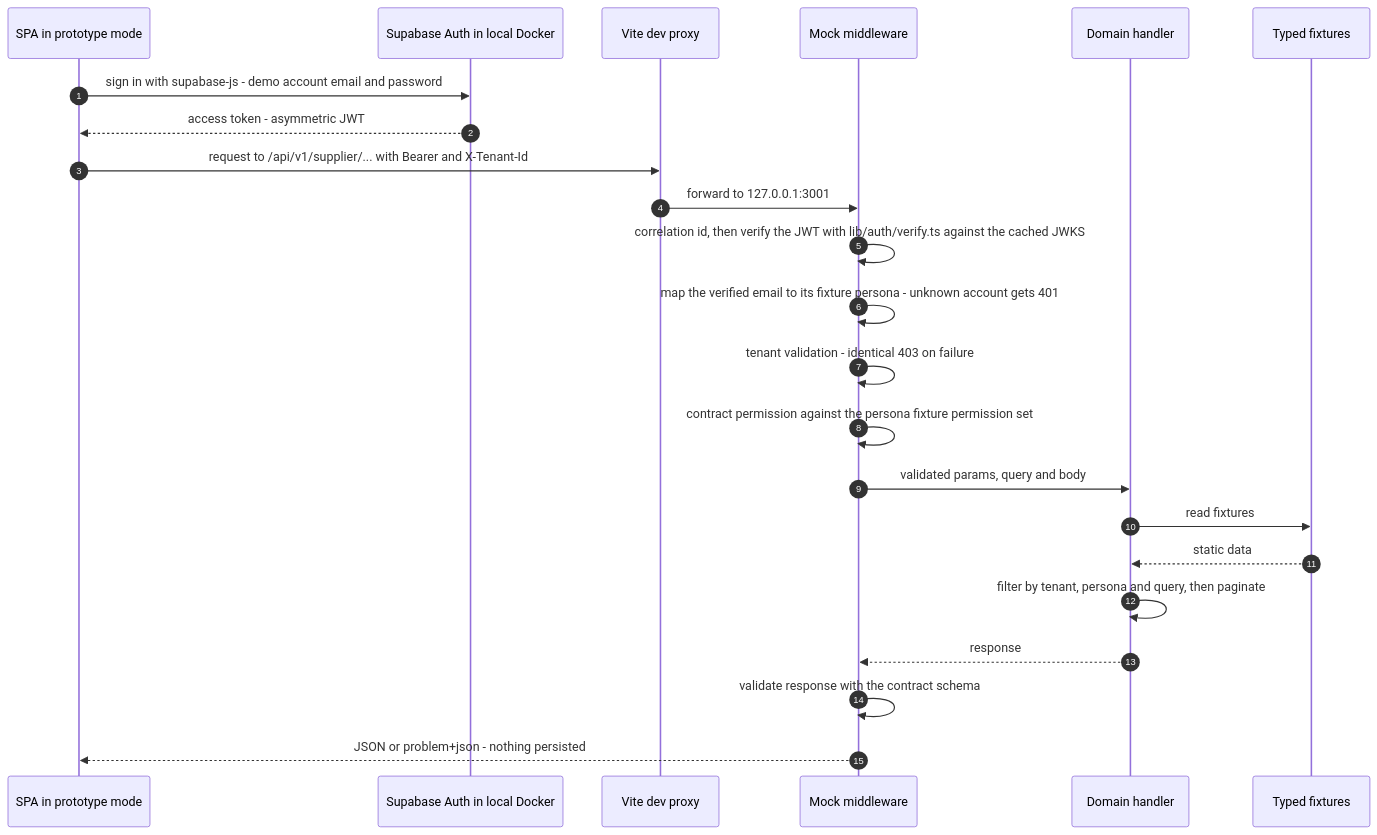
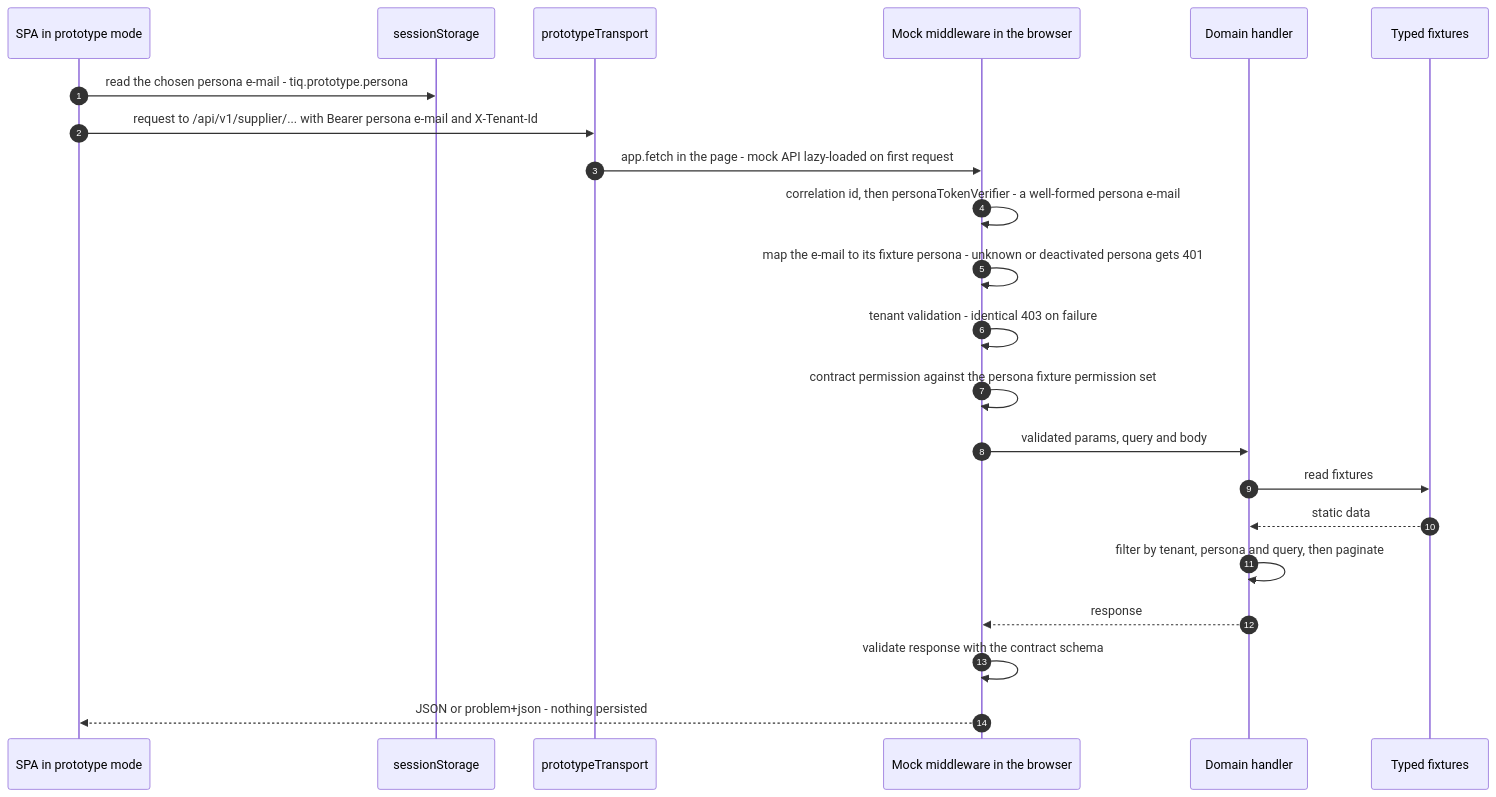
One commit to wemaketools/tenderiq changed the fifth of 5 diagrams in docs/technical/07-api.md. Above: the diagram before and after it, drawn with Mermaid. The commit also changed other lines of this file and 157 other files, not shown here.

````diff
--- a/docs/technical/07-api.md
+++ b/docs/technical/07-api.md
@@ -509,25 +509,24 @@
 ```mermaid
 sequenceDiagram
   autonumber
   participant SPA as SPA in prototype mode
-  participant SA as Supabase Auth in local Docker
-  participant VITE as Vite dev proxy
-  participant MW as Mock middleware
+  participant SS as sessionStorage
+  participant TR as prototypeTransport
+  participant MW as Mock middleware in the browser
   participant H as Domain handler
   participant F as Typed fixtures
-  SPA->>SA: sign in with supabase-js - demo account email and password
-  SA-->>SPA: access token - asymmetric JWT
-  SPA->>VITE: request to /api/v1/supplier/... with Bearer and X-Tenant-Id
-  VITE->>MW: forward to 127.0.0.1:3001
-  MW->>MW: correlation id, then verify the JWT with lib/auth/verify.ts against the cached JWKS
-  MW->>MW: map the verified email to its fixture persona - unknown account gets 401
+  SPA->>SS: read the chosen persona e-mail - tiq.prototype.persona
+  SPA->>TR: request to /api/v1/supplier/... with Bearer persona e-mail and X-Tenant-Id
+  TR->>MW: app.fetch in the page - mock API lazy-loaded on first request
+  MW->>MW: correlation id, then personaTokenVerifier - a well-formed persona e-mail
+  MW->>MW: map the e-mail to its fixture persona - unknown or deactivated persona gets 401
   MW->>MW: tenant validation - identical 403 on failure
   MW->>MW: contract permission against the persona fixture permission set
   MW->>H: validated params, query and body
   H->>F: read fixtures
   F-->>H: static data
   H->>H: filter by tenant, persona and query, then paginate
   H-->>MW: response
   MW->>MW: validate response with the contract schema
   MW-->>SPA: JSON or problem+json - nothing persisted
 ```
````
